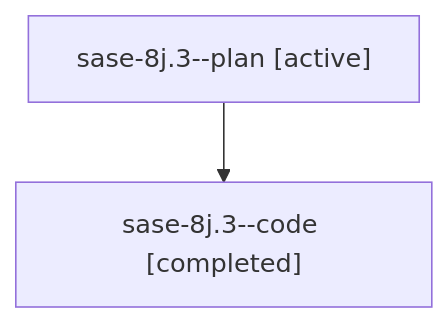
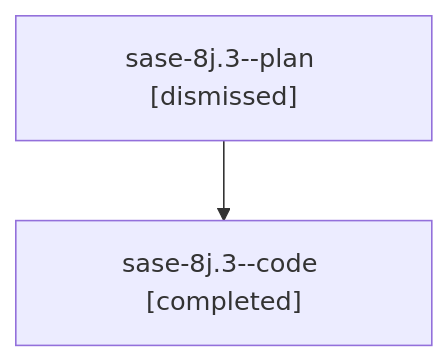
Before and after one commit to sase-org/sase--agents: the diagram in sessions/bbugyi200.athena.sase-8j.3.md, drawn with Mermaid. The commit also changed other lines of this file and 79 other files, not shown here.

````diff
--- a/sessions/bbugyi200.athena.sase-8j.3.md
+++ b/sessions/bbugyi200.athena.sase-8j.3.md
@@ -9,6 +9,6 @@
 ```mermaid
 flowchart TD
-  n0["sase-8j.3--plan [active]"]
+  n0["sase-8j.3--plan [dismissed]"]
   n1["sase-8j.3--code [completed]"]
   n0 --> n1
 ```
````
